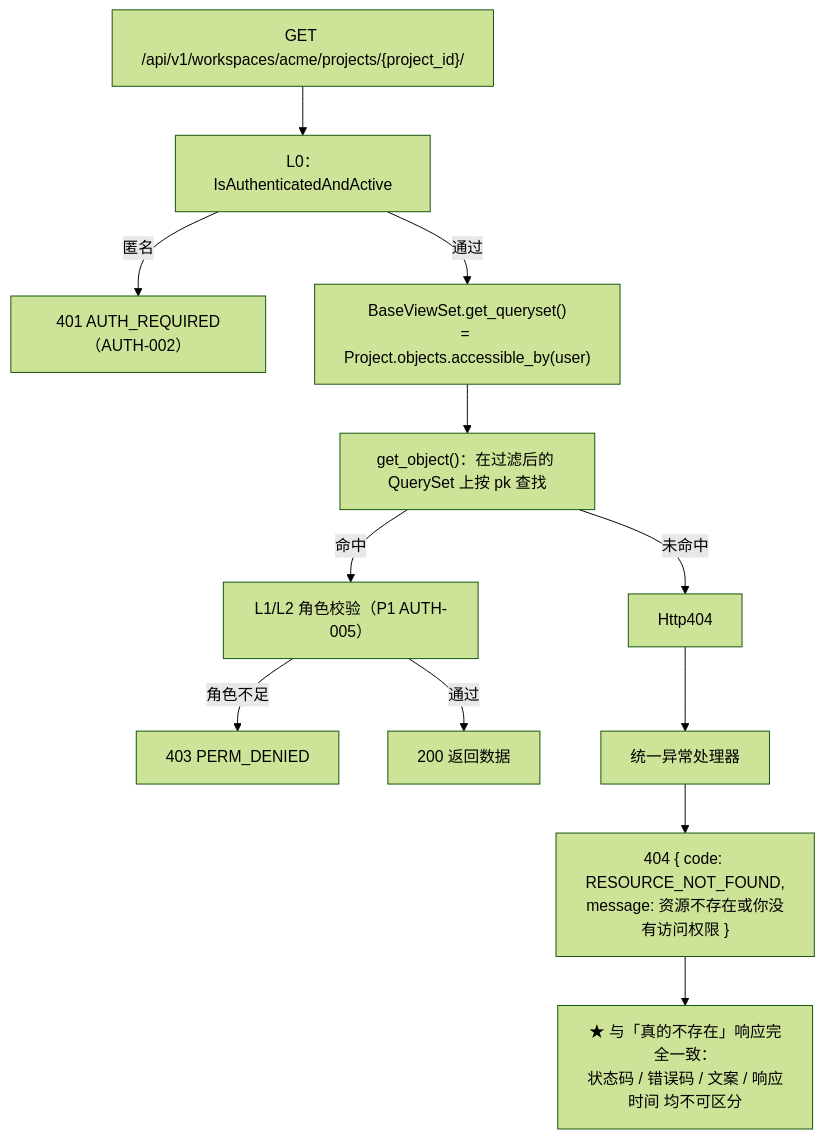
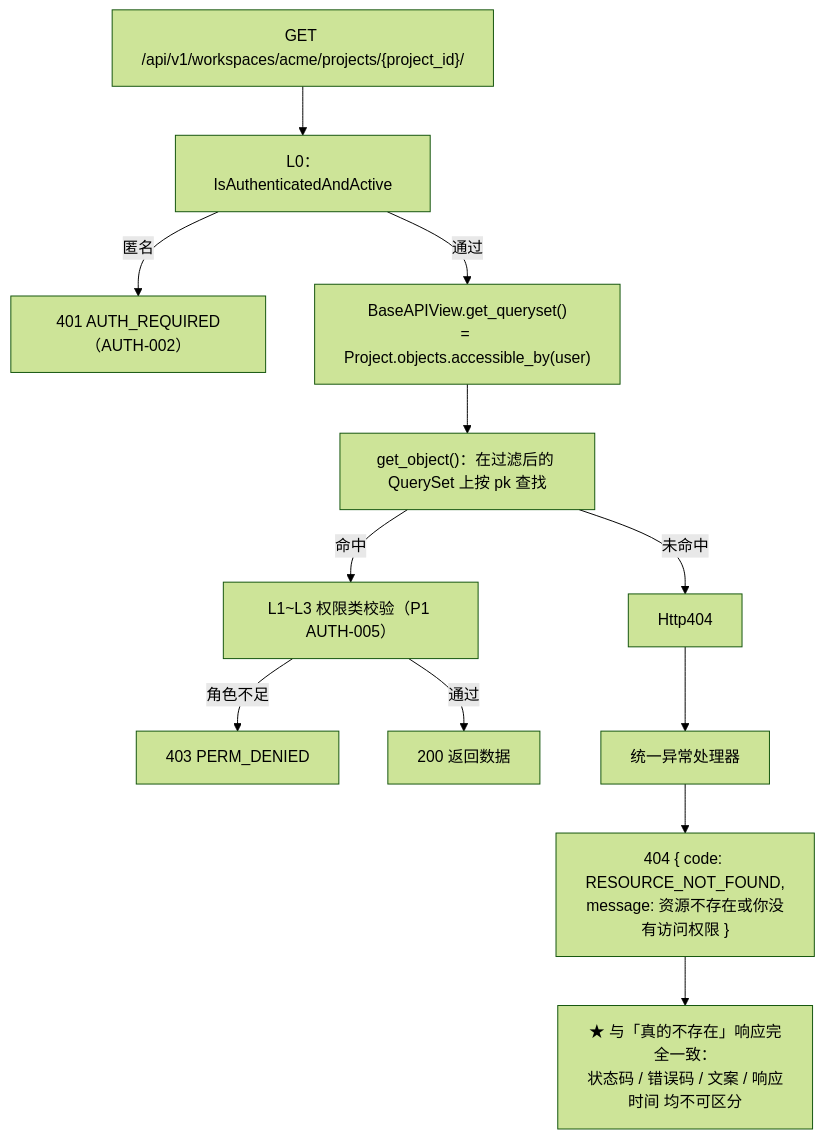
Before and after one commit to RabbitAI-Lab/RabbitProjects: the second of 2 diagrams in docs/sprint-0-poc/AUTH-003-basic-isolation.md, drawn with Mermaid (forest theme). The commit also changed other lines of this file and 86 other files, not shown here.

````diff
--- a/docs/sprint-0-poc/AUTH-003-basic-isolation.md
+++ b/docs/sprint-0-poc/AUTH-003-basic-isolation.md
@@ -126,14 +129,14 @@
 ```mermaid
 flowchart TD
     A["GET /api/v1/workspaces/acme/projects/{project_id}/"] --> B["L0：IsAuthenticatedAndActive"]
     B -- 匿名 --> B1["401 AUTH_REQUIRED（AUTH-002）"]
-    B -- 通过 --> C["BaseViewSet.get_queryset()<br/>= Project.objects.accessible_by(user)"]
+    B -- 通过 --> C["BaseAPIView.get_queryset()<br/>= Project.objects.accessible_by(user)"]
     C --> D["get_object()：在过滤后的 QuerySet 上按 pk 查找"]
-    D -- 命中 --> E["L1/L2 角色校验（P1 AUTH-005）"]
+    D -- 命中 --> E["L1~L3 权限类校验（P1 AUTH-005）"]
     D -- 未命中 --> F["Http404"]
     E -- 角色不足 --> E1["403 PERM_DENIED"]
     E -- 通过 --> G["200 返回数据"]
     F --> H["统一异常处理器"]
     H --> I["404 { code: RESOURCE_NOT_FOUND,<br/>message: 资源不存在或你没有访问权限 }"]
     I --> J["★ 与「真的不存在」响应完全一致：<br/>状态码 / 错误码 / 文案 / 响应时间 均不可区分"]
 ```
````
